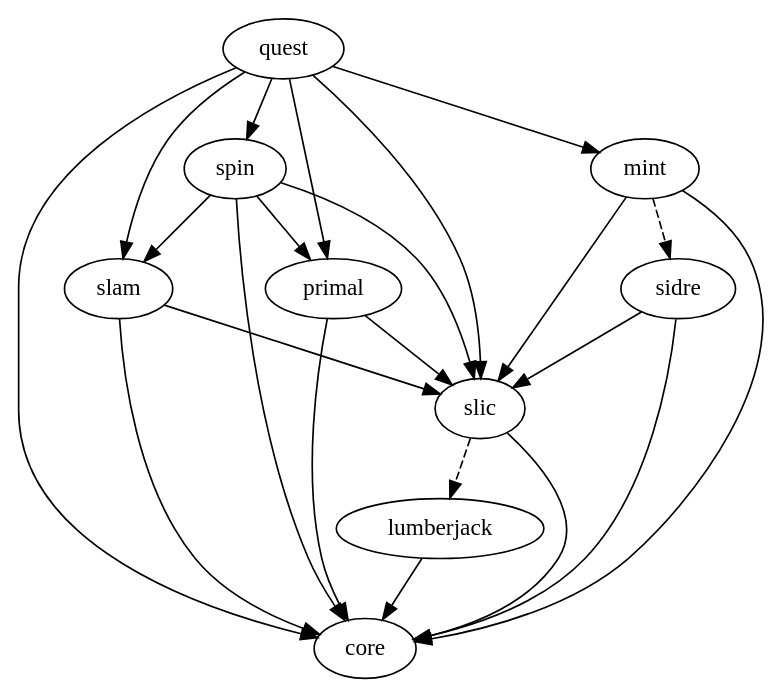
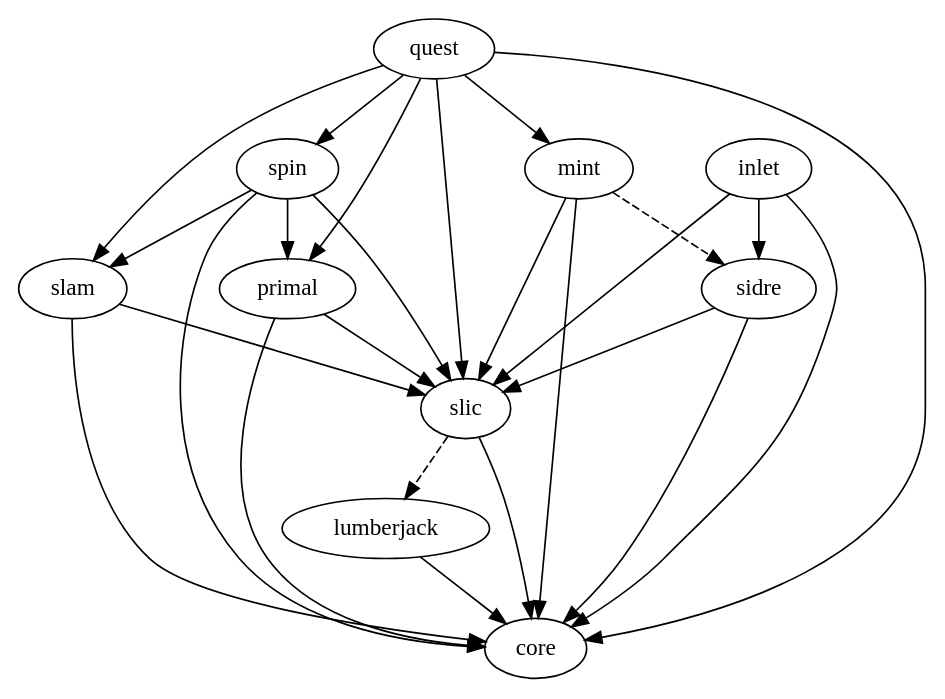
One commit to LLNL/axom changed the diagram in src/docs/dependencies.dot. Above: the diagram before and after it, drawn with Graphviz. The commit also changed 3 other files, not shown here.

```diff
--- a/src/docs/dependencies.dot
+++ b/src/docs/dependencies.dot
@@ -1,10 +1,11 @@
 digraph dependencies {
   quest -> {slam primal mint spin};
   {quest slam primal mint spin} -> {slic core};
   mint -> sidre [style="dashed"];
   spin -> {slam primal};
   sidre -> {slic core};
   slic -> core;
   slic -> lumberjack [style="dashed"];
   lumberjack -> core;
+  inlet -> {sidre slic core};
 }
```
